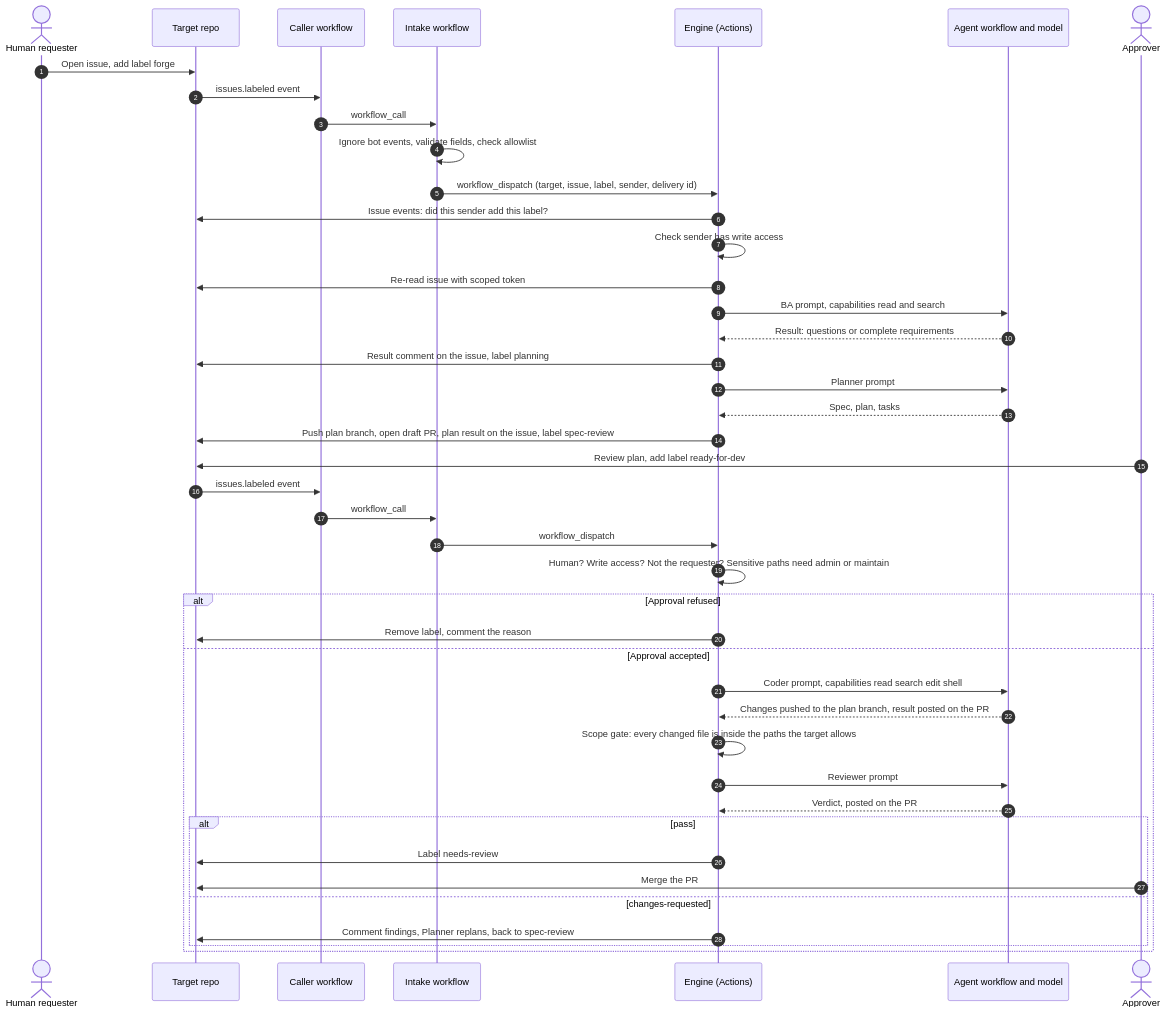
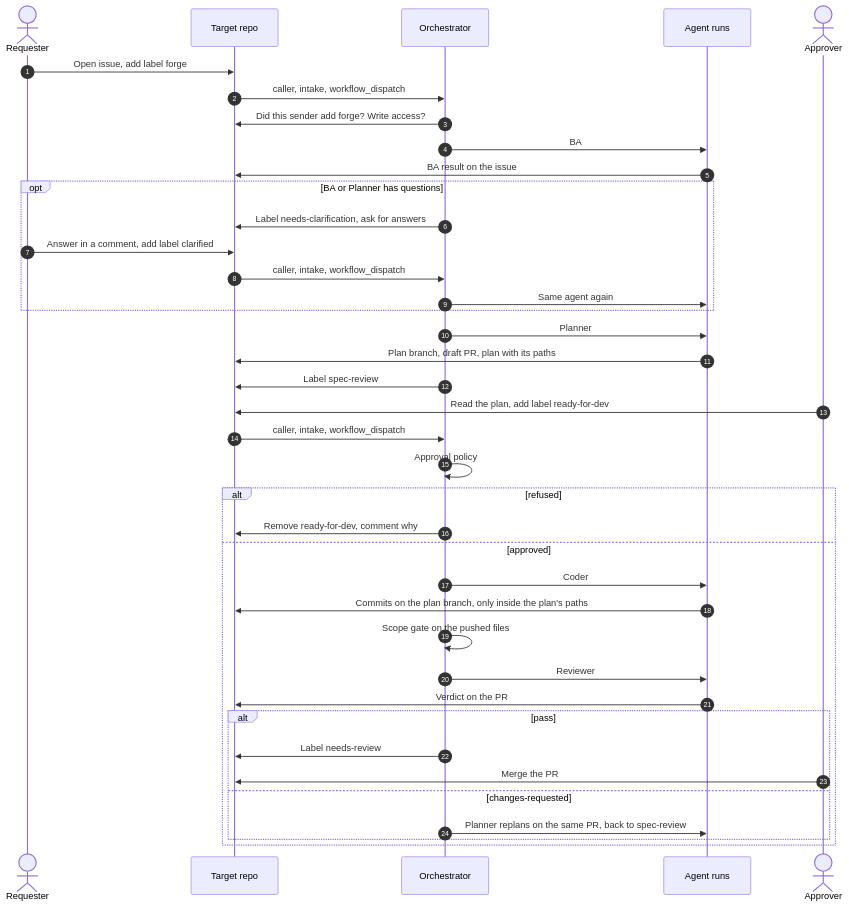
The second of 3 diagrams in README.md (LuisiitoDev/agentic-forge), drawn with Mermaid before and after one commit. The commit also changed other lines of this file, not shown here.

First line of the commit message:
README: diagrams that match the engine as it runs today

````diff
--- a/README.md
+++ b/README.md
@@ -56,48 +71,46 @@
 ```mermaid
 sequenceDiagram
     autonumber
-    actor H as Human requester
+    actor H as Requester
     participant T as Target repo
-    participant C as Caller workflow
-    participant R as Intake workflow
-    participant E as Engine (Actions)
-    participant M as Agent workflow and model
-    actor O as Approver
+    participant O as Orchestrator
+    participant A as Agent runs
+    actor P as Approver
 
     H->>T: Open issue, add label forge
-    T->>C: issues.labeled event
-    C->>R: workflow_call
-    R->>R: Ignore bot events, validate fields, check allowlist
-    R->>E: workflow_dispatch (target, issue, label, sender, delivery id)
-    E->>T: Issue events: did this sender add this label?
-    E->>E: Check sender has write access
-    E->>T: Re-read issue with scoped token
-    E->>M: BA prompt, capabilities read and search
-    M-->>E: Result: questions or complete requirements
-    E->>T: Result comment on the issue, label planning
+    T->>O: caller, intake, workflow_dispatch
+    O->>T: Did this sender add forge? Write access?
+    O->>A: BA
+    A->>T: BA result on the issue
 
-    E->>M: Planner prompt
-    M-->>E: Spec, plan, tasks
-    E->>T: Push plan branch, open draft PR, plan result on the issue, label spec-review
+    opt BA or Planner has questions
+        O->>T: Label needs-clarification, ask for answers
+        H->>T: Answer in a comment, add label clarified
+        T->>O: caller, intake, workflow_dispatch
+        O->>A: Same agent again
+    end
 
-    O->>T: Review plan, add label ready-for-dev
-    T->>C: issues.labeled event
-    C->>R: workflow_call
-    R->>E: workflow_dispatch
-    E->>E: Human? Write access? Not the requester? Sensitive paths need admin or maintain
-    alt Approval refused
-        E->>T: Remove label, comment the reason
-    else Approval accepted
-        E->>M: Coder prompt, capabilities read search edit shell
-        M-->>E: Changes pushed to the plan branch, result posted on the PR
-        E->>E: Scope gate: every changed file is inside the paths the target allows
-        E->>M: Reviewer prompt
-        M-->>E: Verdict, posted on the PR
+    O->>A: Planner
+    A->>T: Plan branch, draft PR, plan with its paths
+    O->>T: Label spec-review
+
+    P->>T: Read the plan, add label ready-for-dev
+    T->>O: caller, intake, workflow_dispatch
+    O->>O: Approval policy
+
+    alt refused
+        O->>T: Remove ready-for-dev, comment why
+    else approved
+        O->>A: Coder
+        A->>T: Commits on the plan branch, only inside the plan's paths
+        O->>O: Scope gate on the pushed files
+        O->>A: Reviewer
+        A->>T: Verdict on the PR
         alt pass
-            E->>T: Label needs-review
-            O->>T: Merge the PR
+            O->>T: Label needs-review
+            P->>T: Merge the PR
         else changes-requested
-            E->>T: Comment findings, Planner replans, back to spec-review
+            O->>A: Planner replans on the same PR, back to spec-review
         end
     end
 ```
````
